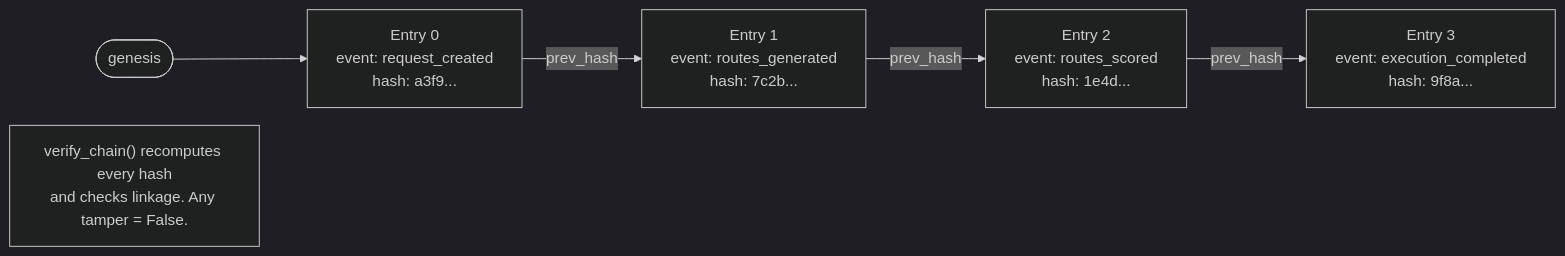
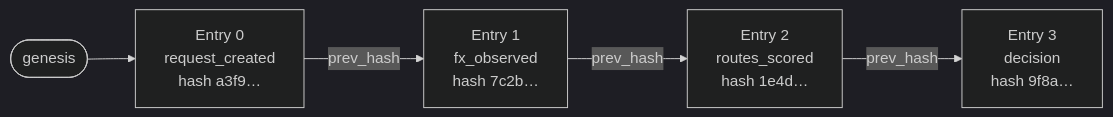
Before and after one commit to cheeroo2020/lupine-systems-core: the third of 4 diagrams in README.md, drawn with Mermaid (dark theme). The commit also changed other lines of this file and 5 other files, not shown here.

````diff
--- a/README.md
+++ b/README.md
@@ -140,15 +131,9 @@
 ```mermaid
 flowchart LR
     G([genesis]) --> E0
-
-    E0["Entry 0\nevent: request_created\nhash: a3f9..."]
-    E1["Entry 1\nevent: routes_generated\nhash: 7c2b..."]
-    E2["Entry 2\nevent: routes_scored\nhash: 1e4d..."]
-    E3["Entry 3\nevent: execution_completed\nhash: 9f8a..."]
-
-    E0 -->|prev_hash| E1
-    E1 -->|prev_hash| E2
-    E2 -->|prev_hash| E3
-
-    NOTE["verify_chain() recomputes every hash\nand checks linkage. Any tamper = False."]
+    E0["Entry 0<br/>request_created<br/>hash a3f9…"]
+    E1["Entry 1<br/>fx_observed<br/>hash 7c2b…"]
+    E2["Entry 2<br/>routes_scored<br/>hash 1e4d…"]
+    E3["Entry 3<br/>decision<br/>hash 9f8a…"]
+    E0 -->|prev_hash| E1 -->|prev_hash| E2 -->|prev_hash| E3
 ```
````
